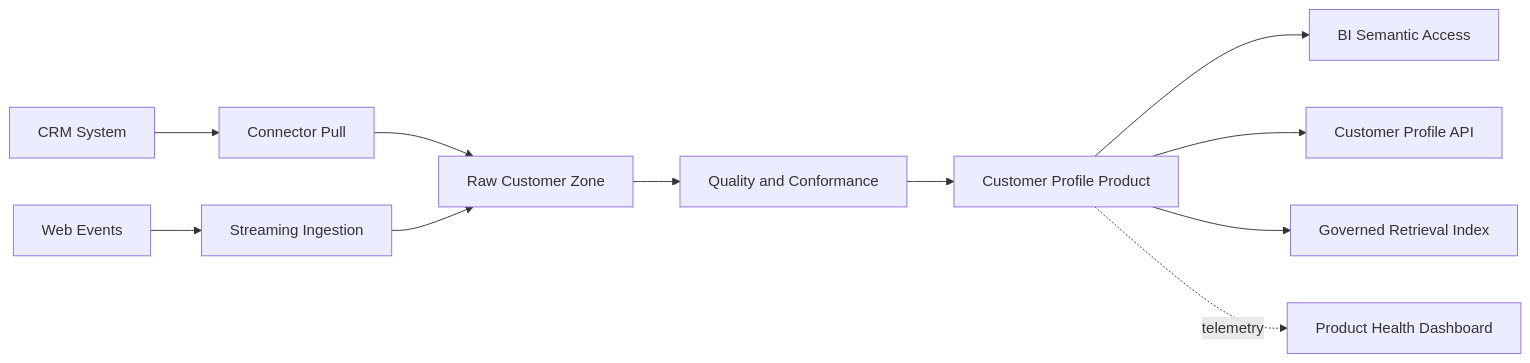
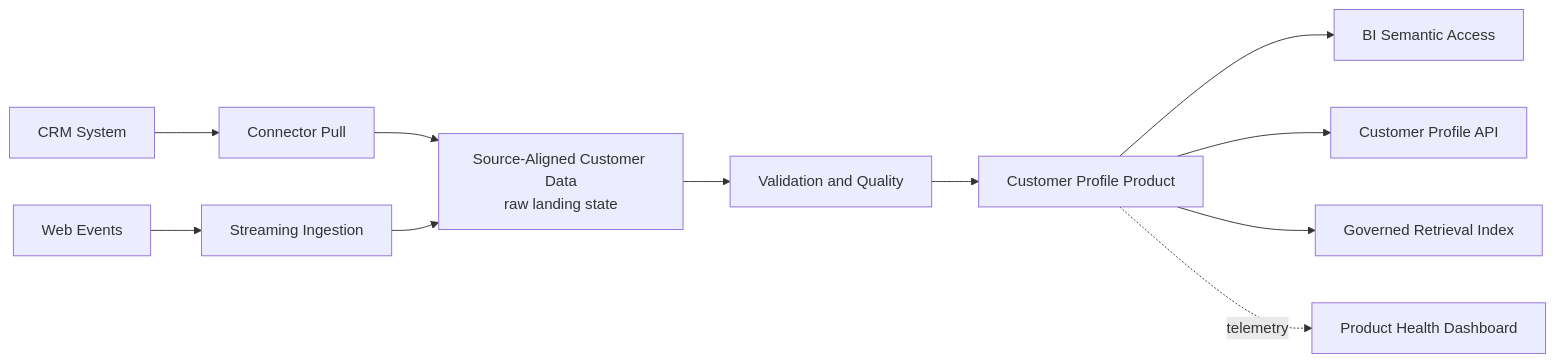
The diagram in docs/examples/customer-profile-example.md (cong78/data-foundation-architecture), drawn with Mermaid before and after one commit. The commit also changed 19 other files, not shown here.

````diff
--- a/docs/examples/customer-profile-example.md
+++ b/docs/examples/customer-profile-example.md
@@ -18,13 +18,13 @@
 ```mermaid
 flowchart LR
     CRM[CRM System] --> IN[Connector Pull]
     WEB[Web Events] --> ST[Streaming Ingestion]
-    IN --> RAW[Raw Customer Zone]
+    IN --> RAW[Source-Aligned Customer Data\nraw landing state]
     ST --> RAW
-    RAW --> DQ[Quality and Conformance]
+    RAW --> DQ[Validation and Quality]
     DQ --> PROD[Customer Profile Product]
     PROD --> SQL[BI Semantic Access]
     PROD --> API[Customer Profile API]
     PROD --> RAG[Governed Retrieval Index]
     PROD -. telemetry .-> OBS[Product Health Dashboard]
 ```
````
